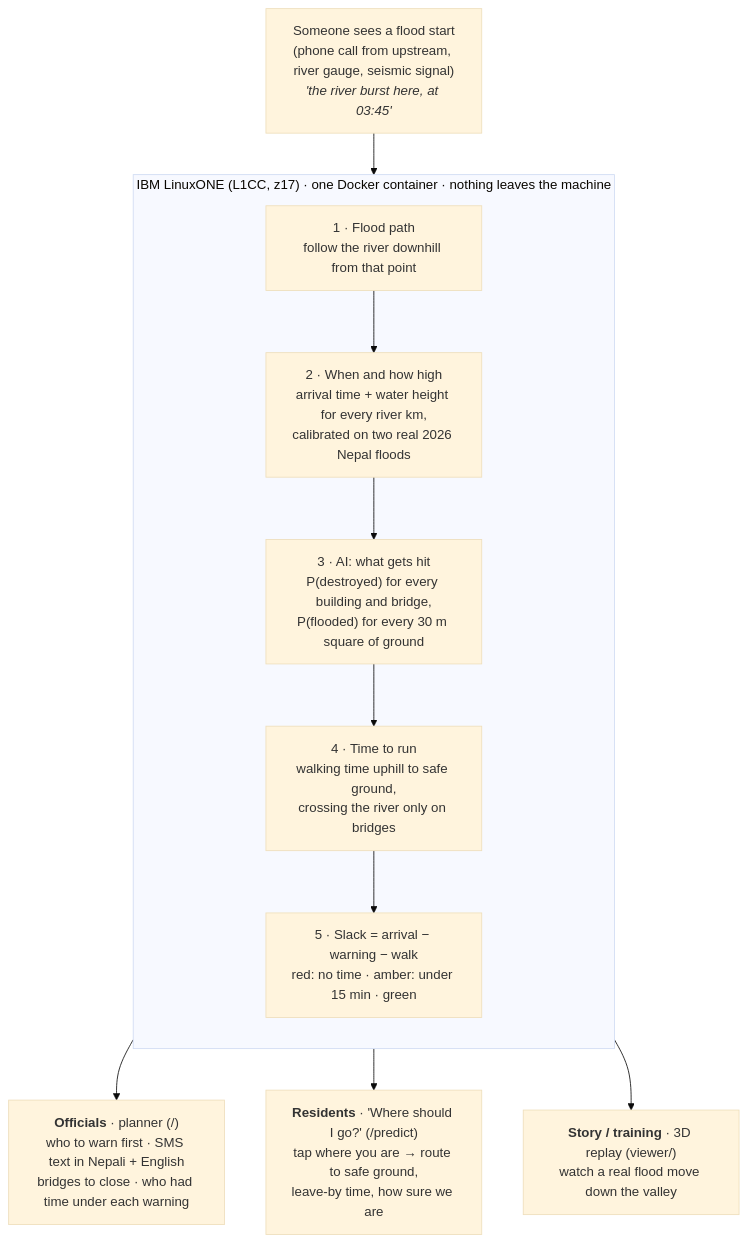
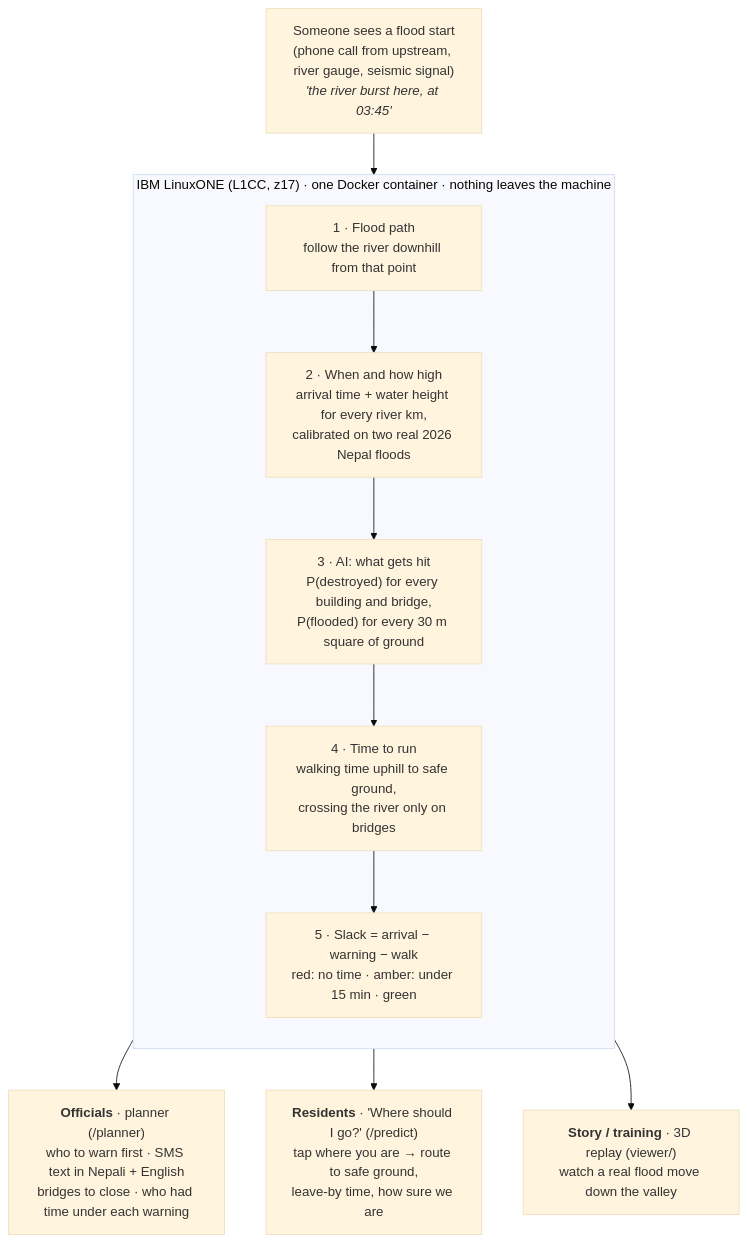
One commit to larubiano0/evac-ai changed the diagram in README.md. Above: the diagram before and after it, drawn with Mermaid (base theme). The commit also changed other lines of this file and 1 other file, not shown here.

````diff
--- a/README.md
+++ b/README.md
@@ -68,19 +78,19 @@
 ```mermaid
 flowchart TB
   SEE["Someone sees a flood start<br/>(phone call from upstream, river gauge, seismic signal)<br/><i>'the river burst here, at 03:45'</i>"]
 
   subgraph Z["IBM LinuxONE (L1CC, z17) · one Docker container · nothing leaves the machine"]
     direction TB
     P1["1 · Flood path<br/>follow the river downhill from that point"]
     P2["2 · When and how high<br/>arrival time + water height for every river km,<br/>calibrated on two real 2026 Nepal floods"]
     P3["3 · AI: what gets hit<br/>P(destroyed) for every building and bridge,<br/>P(flooded) for every 30 m square of ground"]
     P4["4 · Time to run<br/>walking time uphill to safe ground,<br/>crossing the river only on bridges"]
     P5["5 · Slack = arrival − warning − walk<br/>red: no time · amber: under 15 min · green"]
     P1 --> P2 --> P3 --> P4 --> P5
   end
 
   SEE --> P1
-  P5 --> OFF["<b>Officials</b> · planner (/)<br/>who to warn first · SMS text in Nepali + English<br/>bridges to close · who had time under each warning"]
+  P5 --> OFF["<b>Officials</b> · planner (/planner)<br/>who to warn first · SMS text in Nepali + English<br/>bridges to close · who had time under each warning"]
   P5 --> RES["<b>Residents</b> · 'Where should I go?' (/predict)<br/>tap where you are → route to safe ground,<br/>leave-by time, how sure we are"]
   P5 --> REP["<b>Story / training</b> · 3D replay (viewer/)<br/>watch a real flood move down the valley"]
 ```
````
